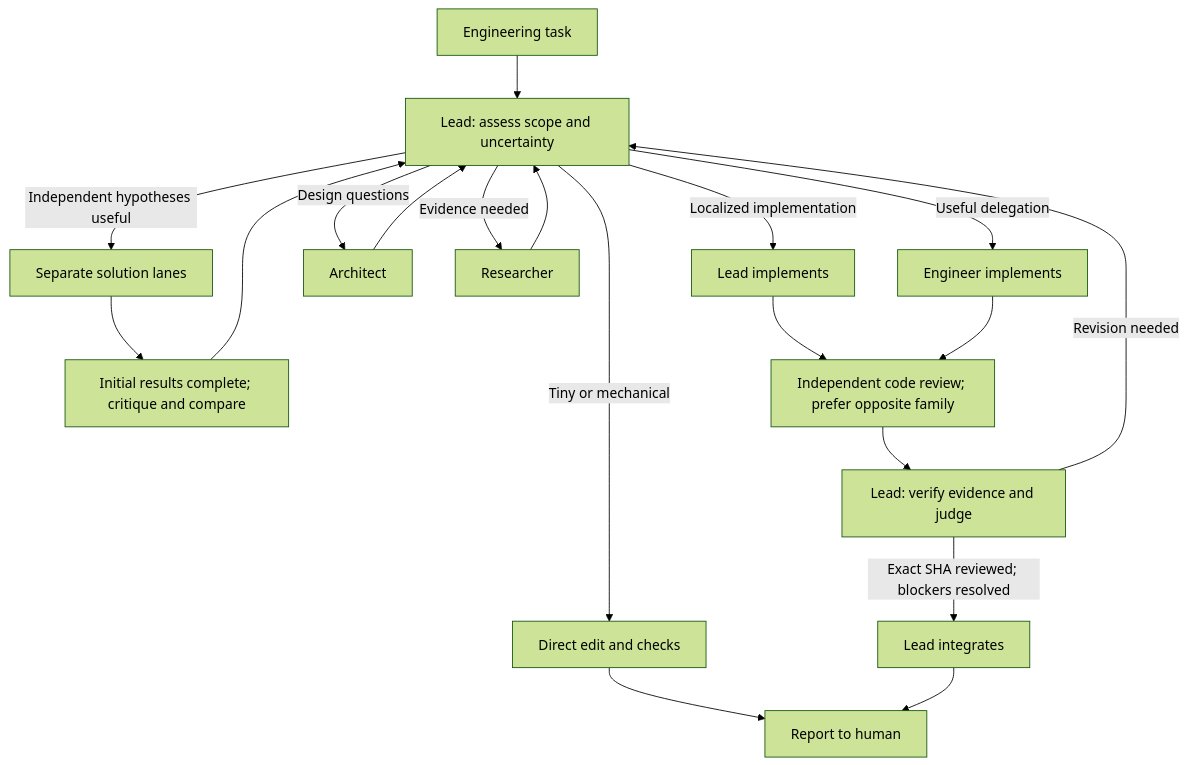
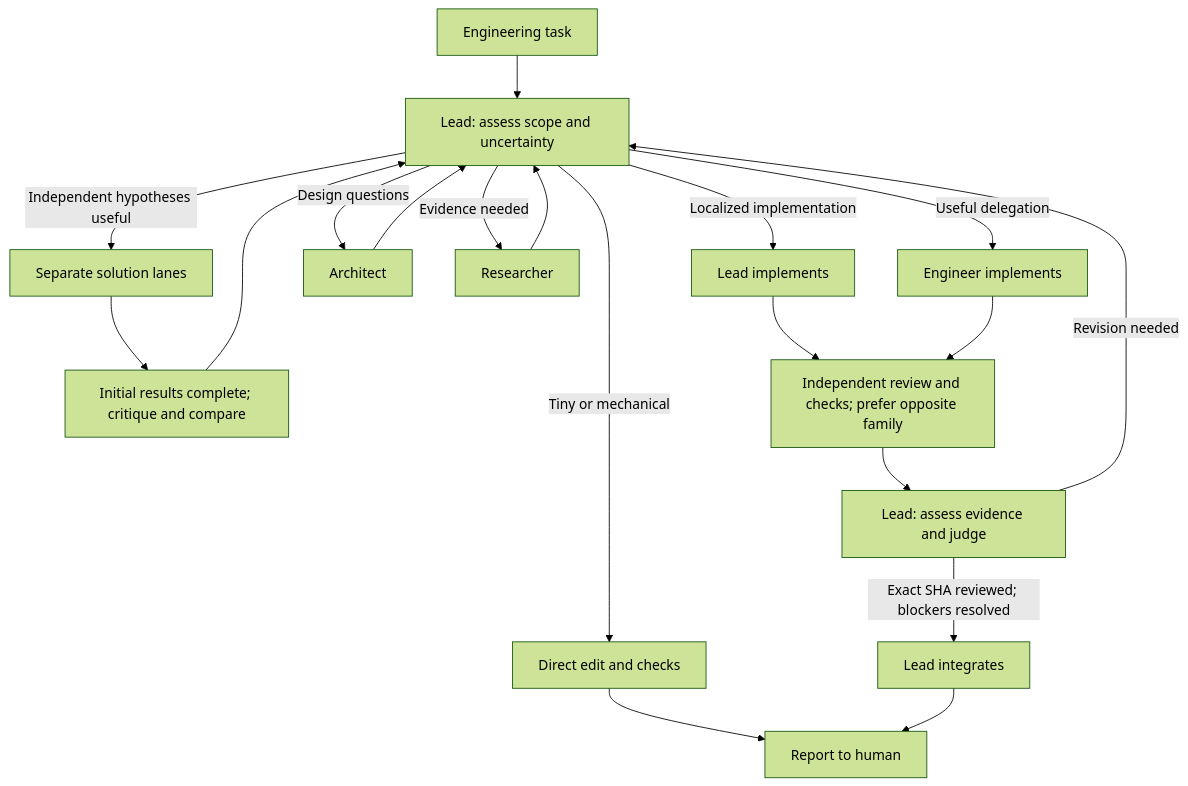
One commit to cafaddict/multi-ai changed the diagram in README.md. Above: the diagram before and after it, drawn with Mermaid (forest theme). The commit also changed 5 other files, not shown here.

````diff
--- a/README.md
+++ b/README.md
@@ -14,21 +14,21 @@
 ```mermaid
 flowchart TD
     Human["Engineering task"] --> Lead["Lead: assess scope and uncertainty"]
     Lead -->|"Tiny or mechanical"| Direct["Direct edit and checks"]
     Direct --> Report["Report to human"]
     Lead -->|"Localized implementation"| Local["Lead implements"]
     Lead -->|"Useful delegation"| Engineer["Engineer implements"]
     Lead -->|"Design questions"| Architect["Architect"]
     Lead -->|"Evidence needed"| Researcher["Researcher"]
     Architect --> Lead
     Researcher --> Lead
     Lead -->|"Independent hypotheses useful"| Competition["Separate solution lanes"]
     Competition --> Compare["Initial results complete; critique and compare"]
     Compare --> Lead
-    Local --> Review["Independent code review; prefer opposite family"]
+    Local --> Review["Independent review and checks; prefer opposite family"]
     Engineer --> Review
-    Review --> Judge["Lead: verify evidence and judge"]
+    Review --> Judge["Lead: assess evidence and judge"]
     Judge -->|"Exact SHA reviewed; blockers resolved"| Integrate["Lead integrates"]
     Judge -->|"Revision needed"| Lead
     Integrate --> Report
 ```
````
